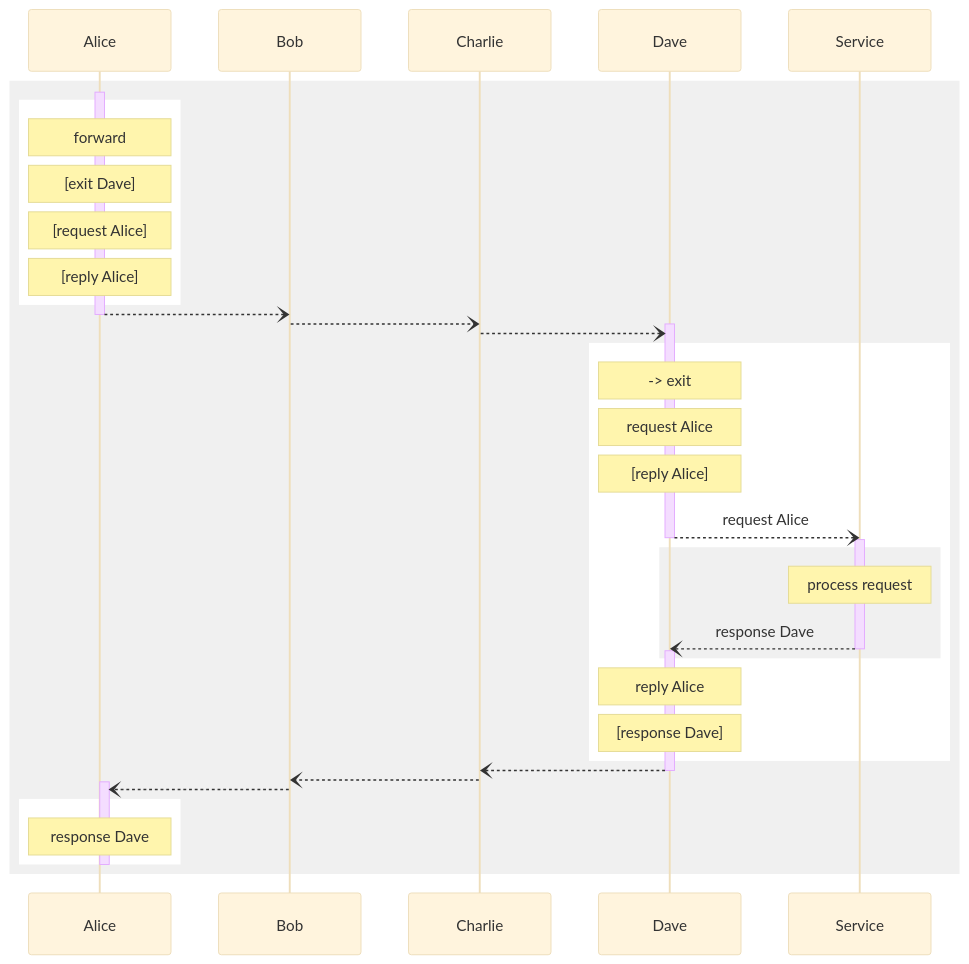
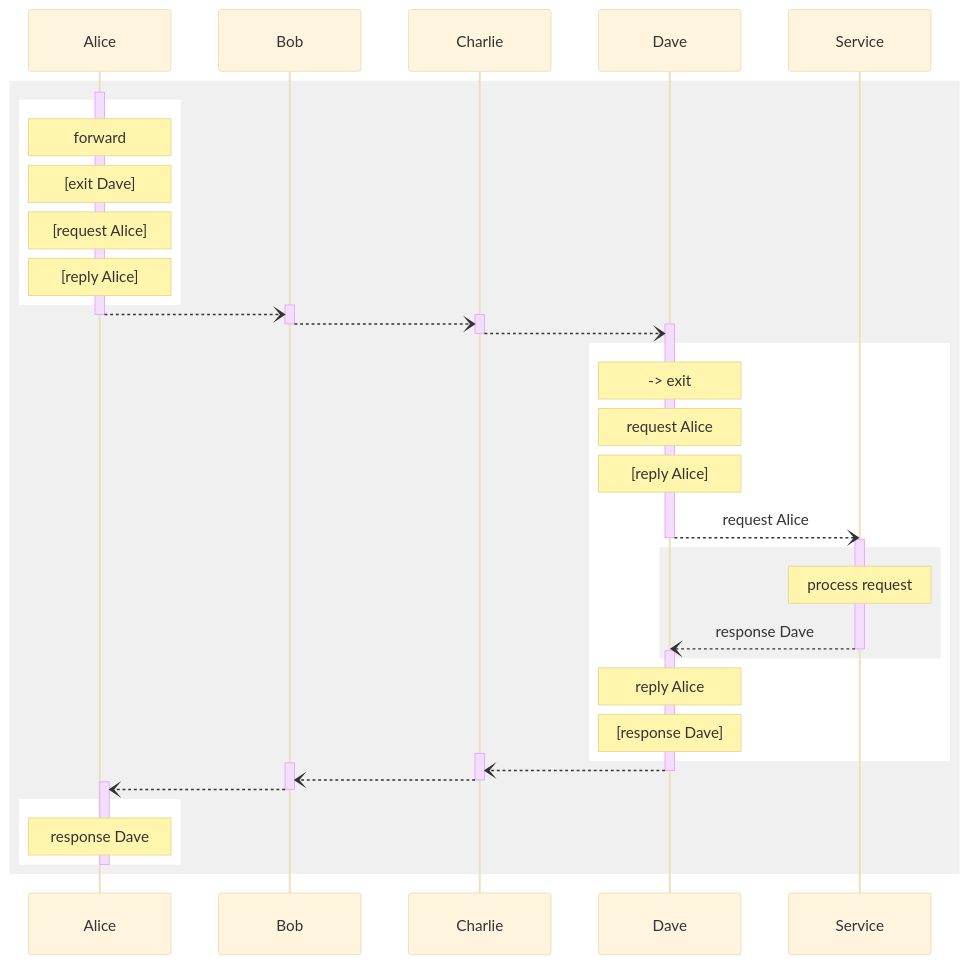
One commit to indra-labs/indra changed the second of 5 diagrams in docs/protocols.md. Above: the diagram before and after it, drawn with Mermaid (base theme). The commit also changed other lines of this file, not shown here.

Commit message:
all moved to mermaid

````diff
--- a/docs/protocols.md
+++ b/docs/protocols.md
@@ -144,48 +160,56 @@
 ```mermaid
 sequenceDiagram
 participant Alice
 participant Bob
 participant Charlie
 participant Dave
 participant Service
 rect rgb(240, 240, 240)
     	activate Alice
         rect rgb(255, 255, 255)
 		note over Alice: forward
 		note over Alice: [exit Dave]
   	 	note over Alice: [request Alice]
   	  	note over Alice: [reply Alice]
 	end
+	activate Bob
     Alice--)Bob: 
     deactivate Alice
+    activate Charlie
     Bob--)Charlie: 
+    deactivate Bob
     activate Dave
     Charlie--)Dave: 
+    deactivate Charlie
     rect rgb(255, 255, 255)
         note over Dave: -> exit
         note over Dave: request Alice
 		note over Dave: [reply Alice]
         Dave--)Service: request Alice
         deactivate Dave
        activate Service	
    		rect rgb(240,240,240)
                note over Service: process request
             Service--)Dave: response Dave
             deactivate Service
 			activate Dave
         end
     	note over Dave: reply Alice
         activate Alice 
         note over Dave: [response Dave]
+    	activate Charlie
     end
+    activate Bob
     Dave--)Charlie: 
     deactivate Dave
     Charlie--)Bob: 
     activate Alice
+    deactivate Charlie
 	Bob--)Alice: 
+    deactivate Bob
     rect rgb(255, 255, 255)
         note over Alice: response Dave
     end
     deactivate Alice
 end
 ```
````
